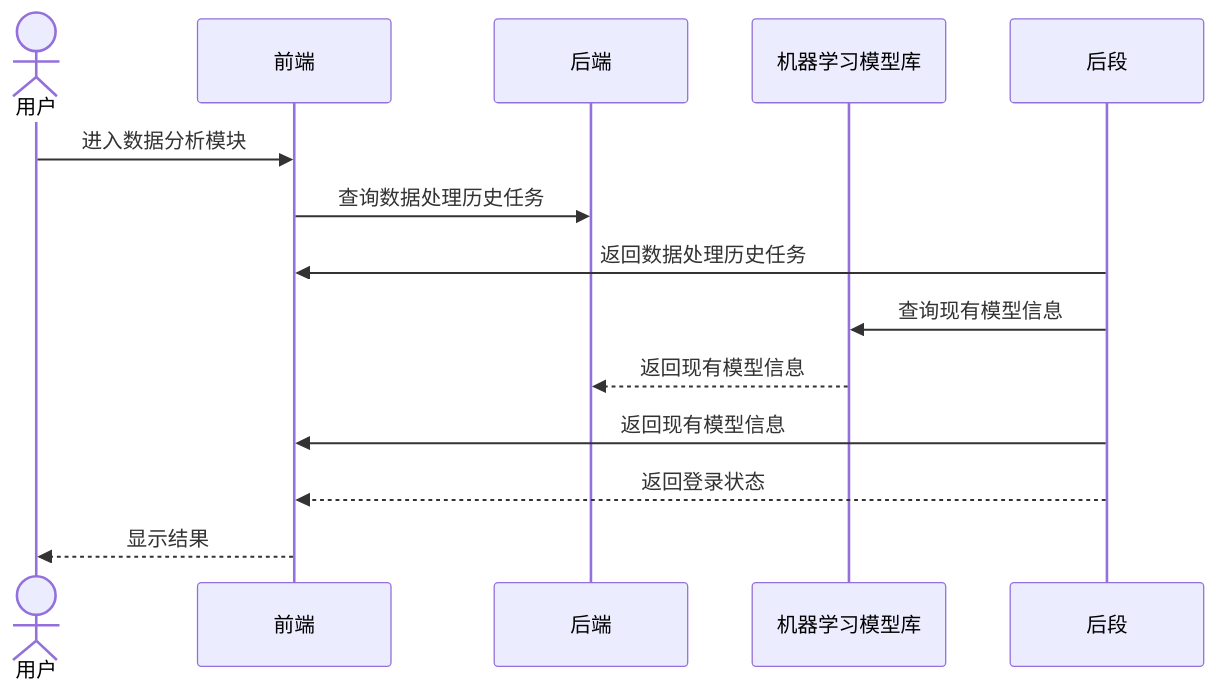
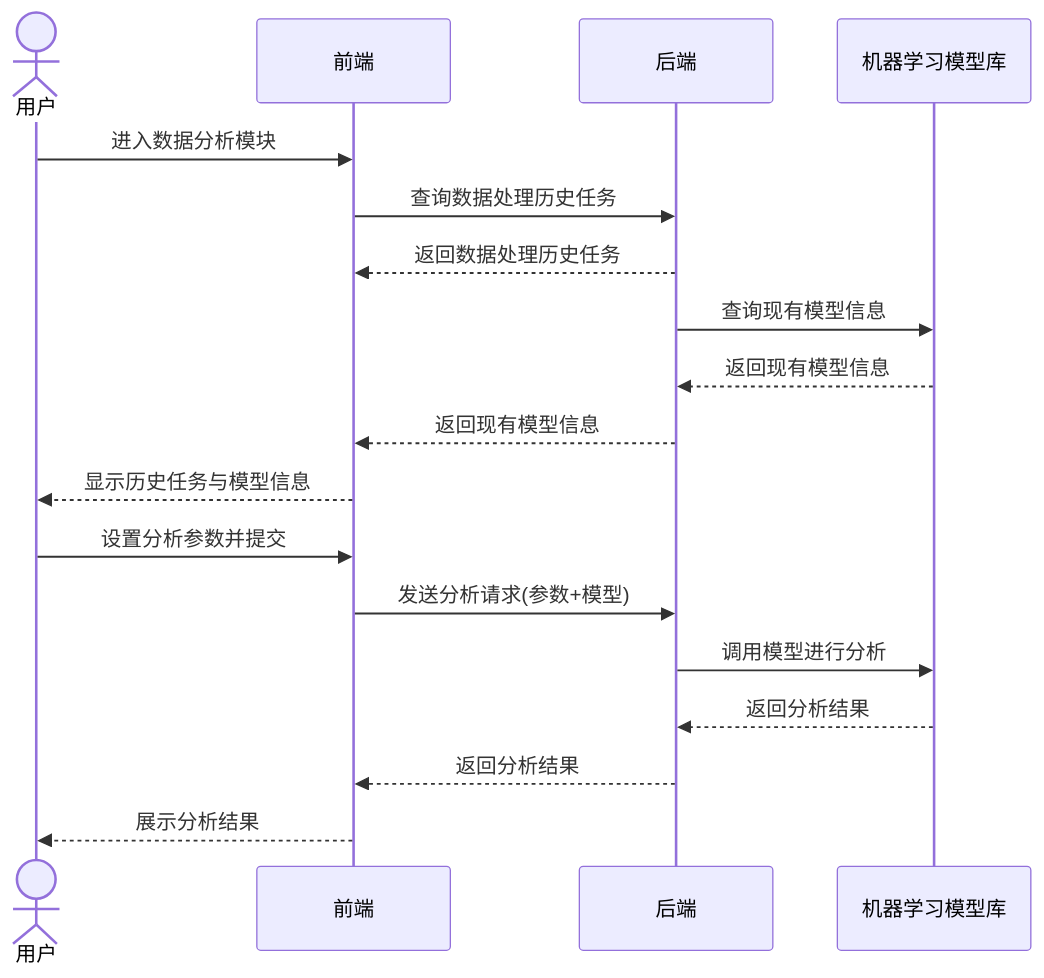
One commit to zgdd12345/my-notebook changed the diagram in README.md. Above: the diagram before and after it, drawn with Mermaid. The commit also changed 1 other file, not shown here.

Commit message:
vault backup: 2025-09-01 11:33:09

````diff
--- a/README.md
+++ b/README.md
@@ -287,17 +287,23 @@
 ``` mermaid
 sequenceDiagram
     actor 用户
     participant 前端
     participant 后端
     participant 机器学习模型库
 
     用户 ->> 前端: 进入数据分析模块
     前端 ->> 后端: 查询数据处理历史任务
-    后段 ->> 前端: 返回数据处理历史任务
-    后段 ->> 机器学习模型库: 查询现有模型信息
+    后端 -->> 前端: 返回数据处理历史任务
+    后端 ->> 机器学习模型库: 查询现有模型信息
     机器学习模型库 -->> 后端: 返回现有模型信息
-    后段 ->> 前端: 返回现有模型信息
-    后段 -->> 前端: 返回登录状态
-    前端 -->> 用户: 显示结果
+    后端 -->> 前端: 返回现有模型信息
+    前端 -->> 用户: 显示历史任务与模型信息
+
+    用户 ->> 前端: 设置分析参数并提交
+    前端 ->> 后端: 发送分析请求(参数+模型)
+    后端 ->> 机器学习模型库: 调用模型进行分析
+    机器学习模型库 -->> 后端: 返回分析结果
+    后端 -->> 前端: 返回分析结果
+    前端 -->> 用户: 展示分析结果
 
 ```
````
